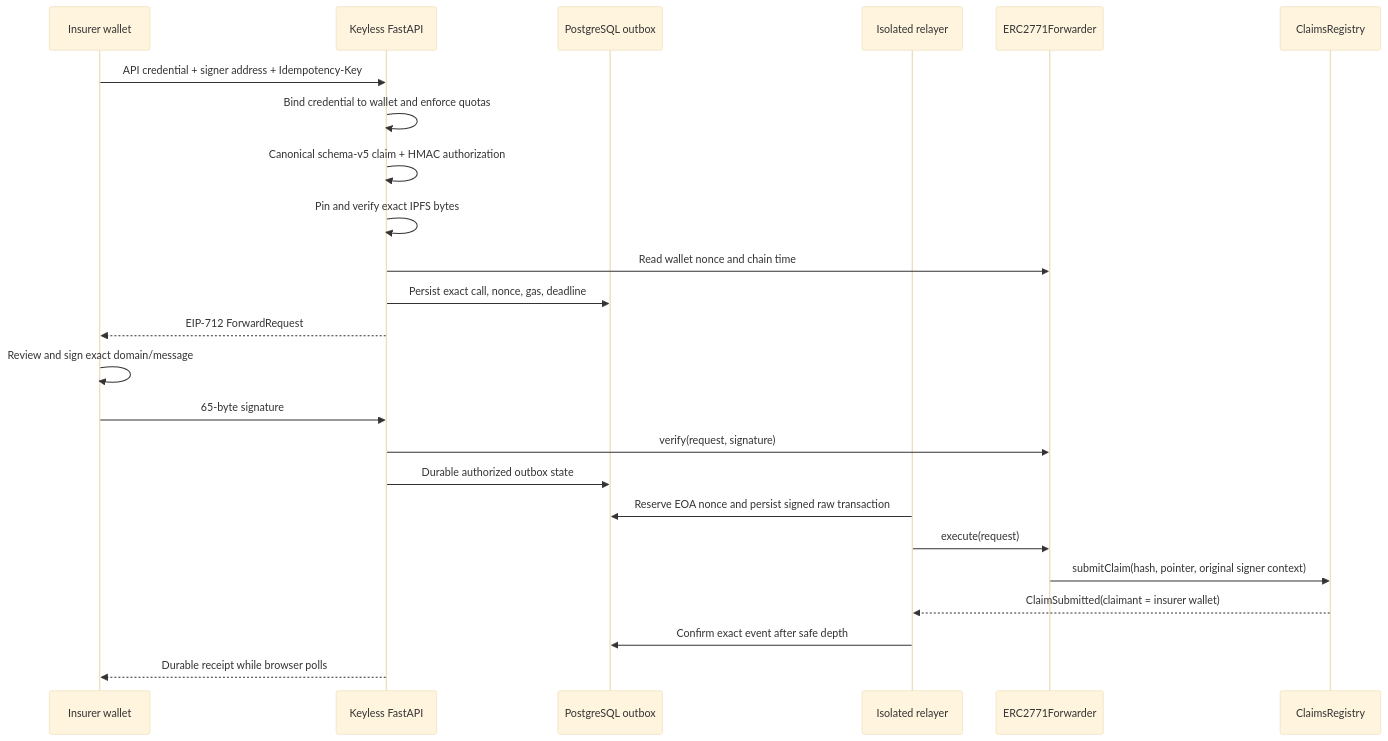
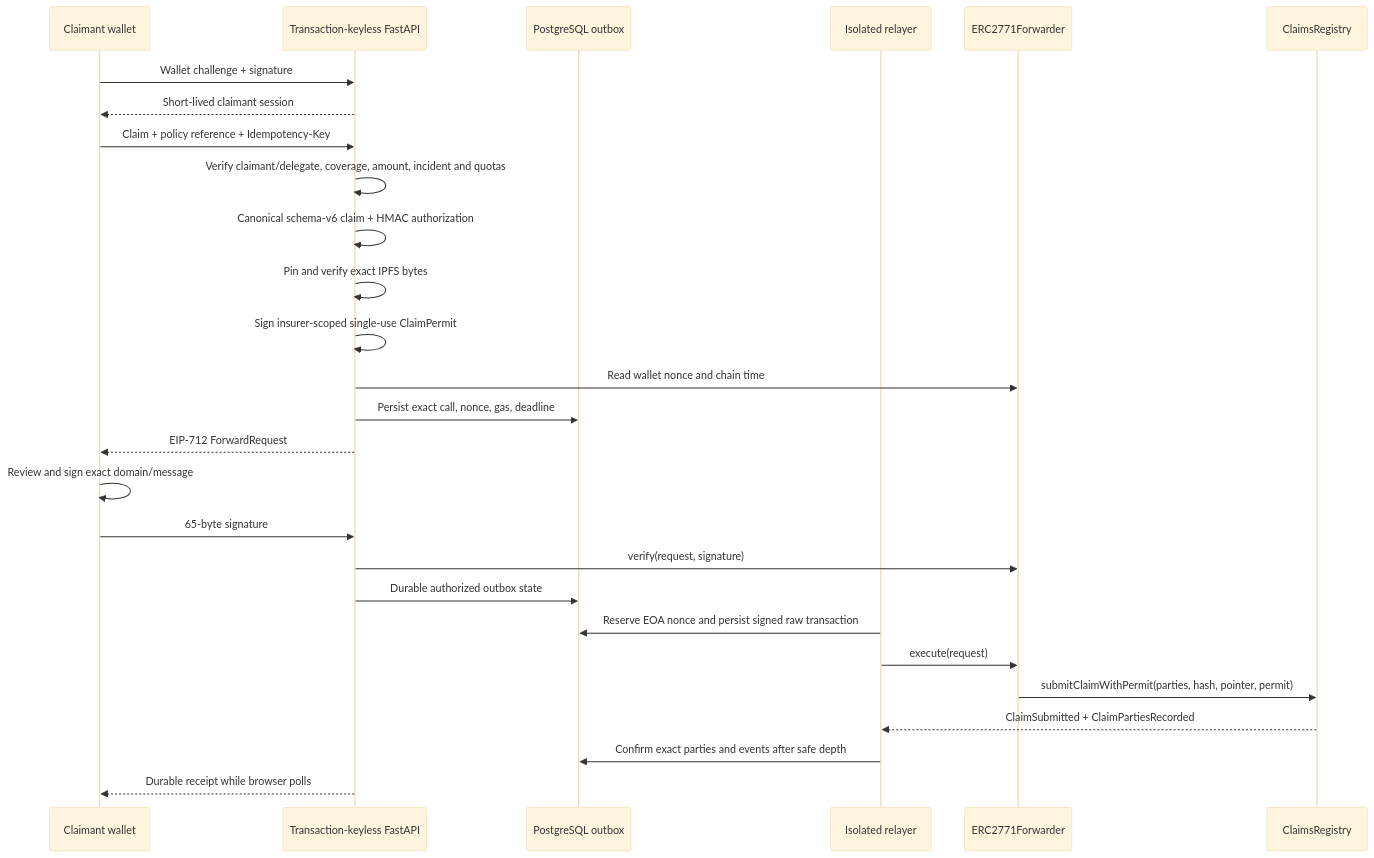
The first of 2 diagrams in apps/relayer/PRODUCTION.md (ganesh1997oli/Decentralized-Claims-Registry), drawn with Mermaid (base theme) before and after one commit. The commit also changed other lines of this file and 55 other files, not shown here.

Commit message:
Implement permit-backed public claim intake

````diff
--- a/apps/relayer/PRODUCTION.md
+++ b/apps/relayer/PRODUCTION.md
@@ -15,27 +16,30 @@
 ```mermaid
 sequenceDiagram
-    participant W as Insurer wallet
-    participant A as Keyless FastAPI
+    participant W as Claimant wallet
+    participant A as Transaction-keyless FastAPI
     participant P as PostgreSQL outbox
     participant R as Isolated relayer
     participant F as ERC2771Forwarder
     participant C as ClaimsRegistry
 
-    W->>A: API credential + signer address + Idempotency-Key
-    A->>A: Bind credential to wallet and enforce quotas
-    A->>A: Canonical schema-v5 claim + HMAC authorization
+    W->>A: Wallet challenge + signature
+    A-->>W: Short-lived claimant session
+    W->>A: Claim + policy reference + Idempotency-Key
+    A->>A: Verify claimant/delegate, coverage, amount, incident and quotas
+    A->>A: Canonical schema-v6 claim + HMAC authorization
     A->>A: Pin and verify exact IPFS bytes
+    A->>A: Sign insurer-scoped single-use ClaimPermit
     A->>F: Read wallet nonce and chain time
     A->>P: Persist exact call, nonce, gas, deadline
     A-->>W: EIP-712 ForwardRequest
     W->>W: Review and sign exact domain/message
     W->>A: 65-byte signature
     A->>F: verify(request, signature)
     A->>P: Durable authorized outbox state
     R->>P: Reserve EOA nonce and persist signed raw transaction
     R->>F: execute(request)
-    F->>C: submitClaim(hash, pointer, original signer context)
-    C-->>R: ClaimSubmitted(claimant = insurer wallet)
-    R->>P: Confirm exact event after safe depth
+    F->>C: submitClaimWithPermit(parties, hash, pointer, permit)
+    C-->>R: ClaimSubmitted + ClaimPartiesRecorded
+    R->>P: Confirm exact parties and events after safe depth
     A-->>W: Durable receipt while browser polls
 ```
````
